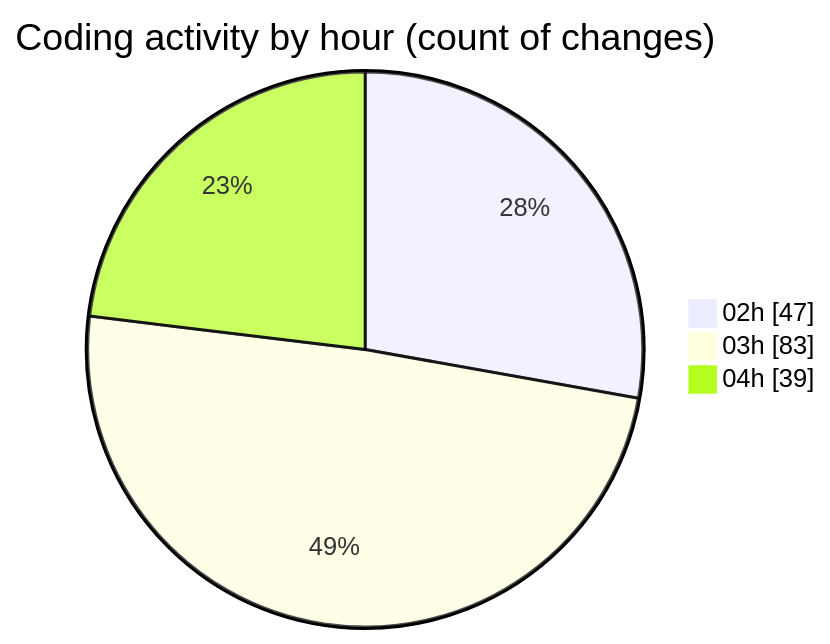
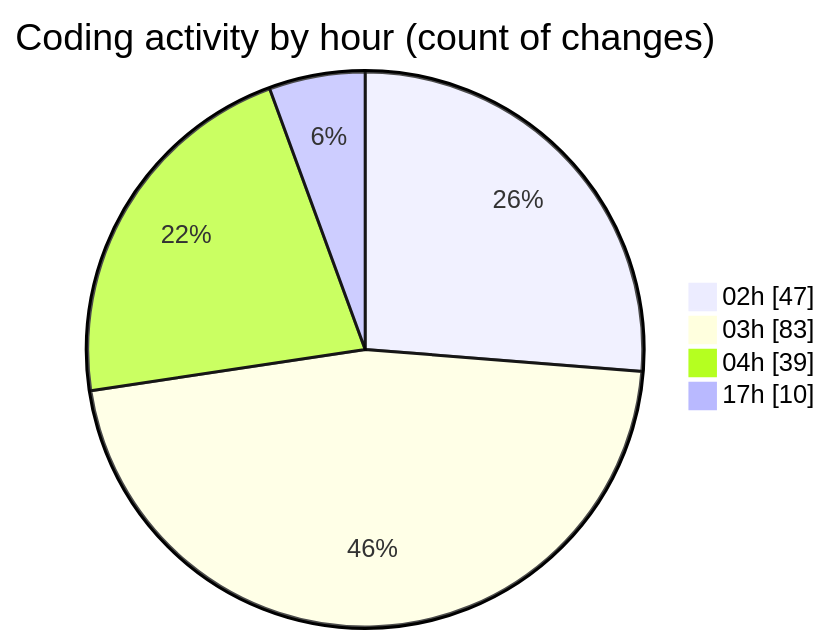
Before and after one commit to ernivani/code-tracking: the second of 2 diagrams in 2025-01-02/3drust/README.md, drawn with Mermaid. The commit also changed other lines of this file and 2 other files, not shown here.

````diff
--- a/2025-01-02/3drust/README.md
+++ b/2025-01-02/3drust/README.md
@@ -40,7 +42,8 @@
 ```mermaid
 pie showData
 title Coding activity by hour (count of changes)
 "02h" : 47
 "03h" : 83
 "04h" : 39
+"17h" : 10
 ```
````
